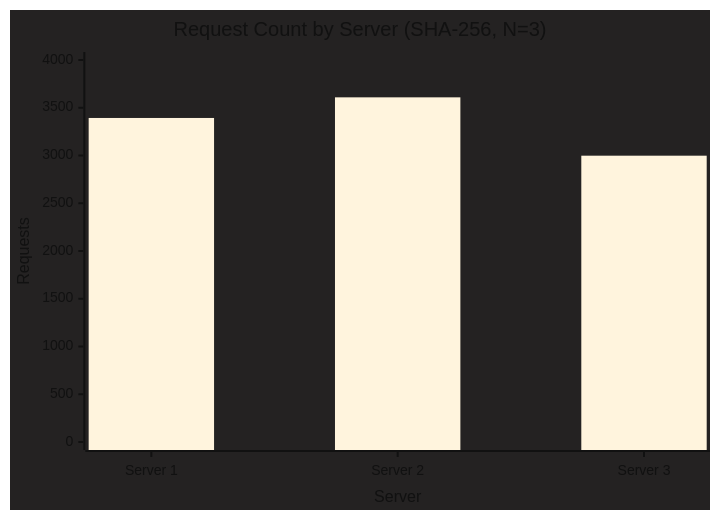
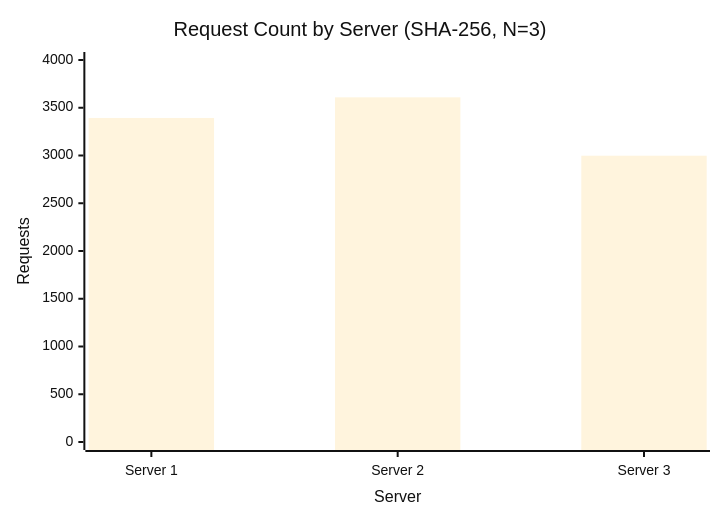
The first of 4 diagrams in README.md (AmyMugeni/LoadBalancer), drawn with Mermaid before and after one commit.

````diff
--- a/README.md
+++ b/README.md
@@ -304,8 +304,8 @@
 ```mermaid
-%%{init: {'theme': 'base', 'themeVariables': { 'background': '#242222', 'primaryColor': '#0b2a6f', 'primaryBorderColor': '#081f52', 'primaryTextColor': '#111111', 'lineColor': '#0b2a6f', 'fontSize': '16px' }}}%%
+%%{init: {'theme': 'base', 'themeVariables': { 'background': '#FFFFFF', 'primaryColor': '#0b2a6f', 'primaryBorderColor': '#081f52', 'primaryTextColor': '#111111', 'lineColor': '#000000', 'fontSize': '16px' }}}%%
 xychart-beta
   title "Request Count by Server (SHA-256, N=3)"
   x-axis "Server" ["Server 1", "Server 2", "Server 3"]
   y-axis "Requests" 0 --> 4000
   bar [3393, 3609, 2998]
 ```
````
